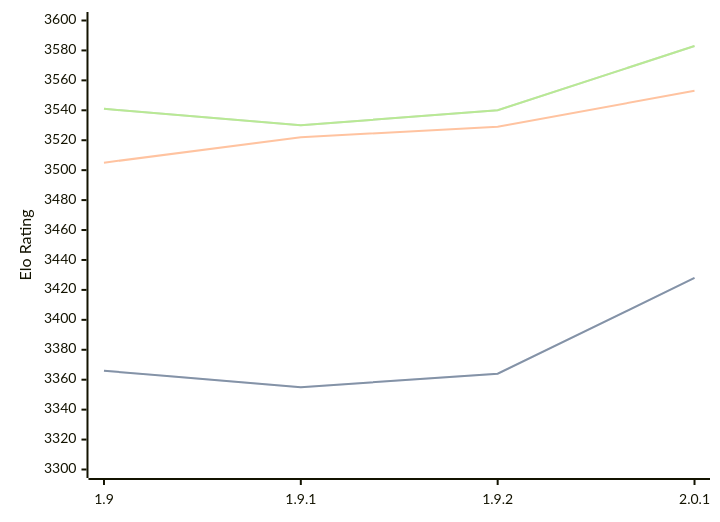
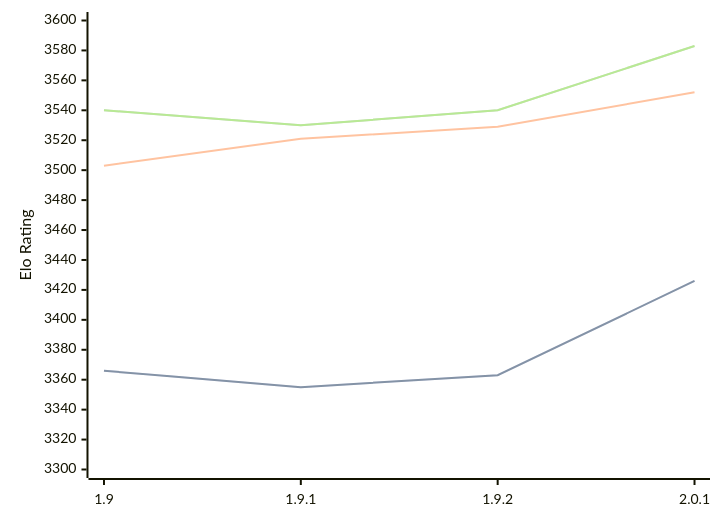
One commit to computer-chess-index/cci changed the first of 3 diagrams in engines/Pawnocchio.md. Above: the diagram before and after it, drawn with Mermaid. The commit also changed other lines of this file, not shown here.

Commit message:
Update CCI Ratings (ELO VLTC) - 2026-07-15

````diff
--- a/engines/Pawnocchio.md
+++ b/engines/Pawnocchio.md
@@ -50,11 +50,11 @@
 ```mermaid
 %%{init: {"theme":"base","themeVariables":{"seriesColors:['#a3a3a3','#222221','#faa371']}}}%%
 xychart-beta
   x-axis ["1.9", "1.9.1", "1.9.2", "2.0.1"]
   y-axis "Elo Rating" 3300 --> 3600
-  line "STC (8.0+0.08s)" [3366, 3355, 3364, 3428]
-  line "STC (8.0+0.08s)" [3366, 3355, 3364, 3428]
-  line "LTC (60.0+0.60s)" [3505, 3522, 3529, 3553]
-  line "VLTC (2m24s+1.12s)" [3541, 3530, 3540, 3583]
-  line "VLTC (2m24s+1.12s)" [3541, 3530, 3540, 3583]
+  line "STC (8.0+0.08s)" [3366, 3355, 3363, 3426]
+  line "STC (8.0+0.08s)" [3366, 3355, 3363, 3426]
+  line "LTC (60.0+0.60s)" [3503, 3521, 3529, 3552]
+  line "VLTC (2m24s+1.12s)" [3540, 3530, 3540, 3583]
+  line "VLTC (2m24s+1.12s)" [3540, 3530, 3540, 3583]
 ```
````
